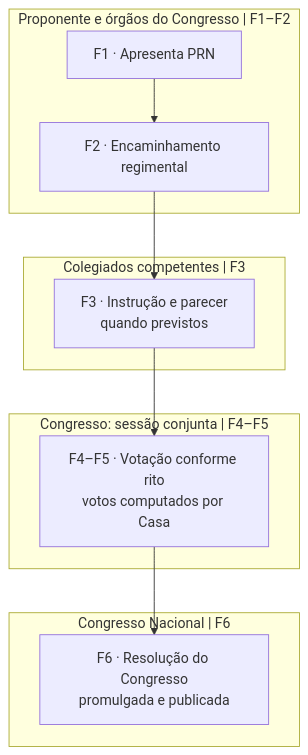
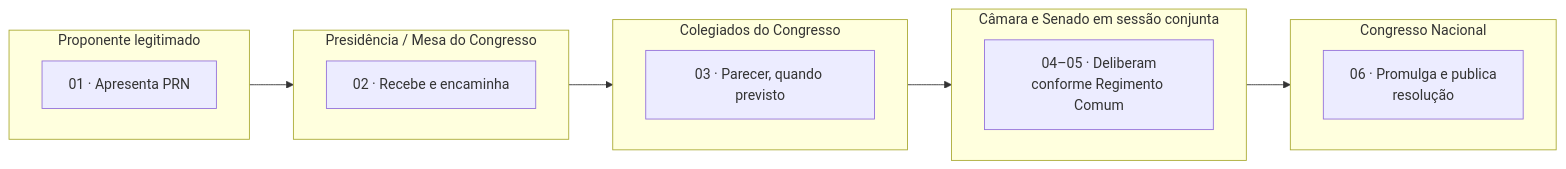
Before and after one commit to leorruas/concursos: the eighth of 10 diagrams in 3 - Materias/Direito Constitucional/38 - blueprints do processo legislativo por especie normativa.md, drawn with Mermaid. The commit also changed other lines of this file, not shown here.

Commit message:
docs: transformar blueprints por espécie em faixas de atores e fases com links de apoio

````diff
--- a/3 - Materias/Direito Constitucional/38 - blueprints do processo legislativo por especie normativa.md
+++ b/3 - Materias/Direito Constitucional/38 - blueprints do processo legislativo por especie normativa.md
@@ -256,17 +285,24 @@
 ```mermaid
-flowchart TB
- subgraph INI["Proponente e órgãos do Congresso | F1–F2"]
- A["F1 · Apresenta PRN"]
- B["F2 · Encaminhamento regimental"]
- end
- subgraph COM["Colegiados competentes | F3"]
- C["F3 · Instrução e parecer<br/>quando previstos"]
- end
- subgraph CN["Congresso: sessão conjunta | F4–F5"]
- D["F4–F5 · Votação conforme rito<br/>votos computados por Casa"]
- end
- subgraph FINAL["Congresso Nacional | F6"]
- E["F6 · Resolução do Congresso<br/>promulgada e publicada"]
- end
- A --> B --> C --> D --> E
+flowchart LR
+  subgraph L0["Proponente legitimado"]
+    direction LR
+    a["01 · Apresenta PRN"]
+  end
+  subgraph L1["Presidência / Mesa do Congresso"]
+    direction LR
+    b["02 · Recebe e encaminha"]
+  end
+  subgraph L2["Colegiados do Congresso"]
+    direction LR
+    c["03 · Parecer, quando previsto"]
+  end
+  subgraph L3["Câmara e Senado em sessão conjunta"]
+    direction LR
+    d["04–05 · Deliberam<br/>conforme Regimento Comum"]
+  end
+  subgraph L4["Congresso Nacional"]
+    direction LR
+    e["06 · Promulga e publica<br/>resolução"]
+  end
+  a --> b --> c --> d --> e
 ```
````
